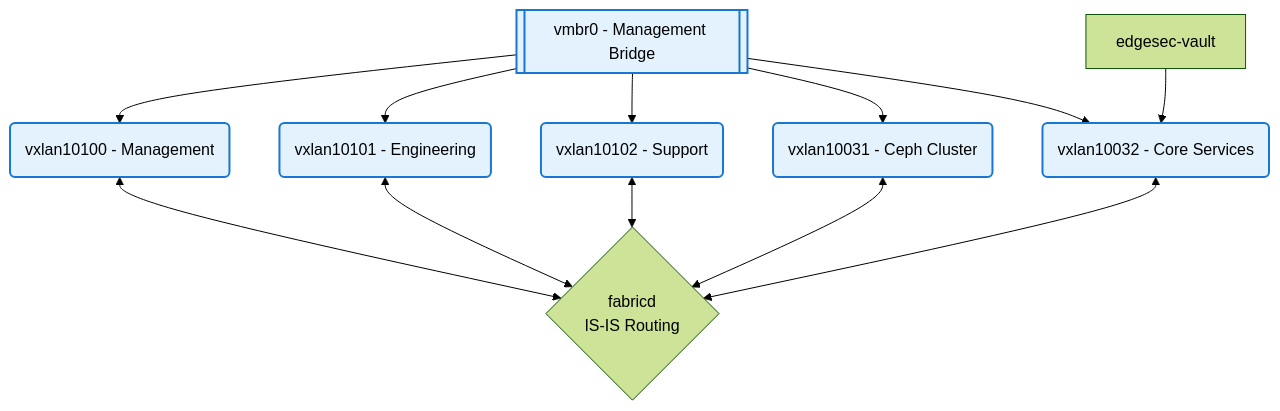
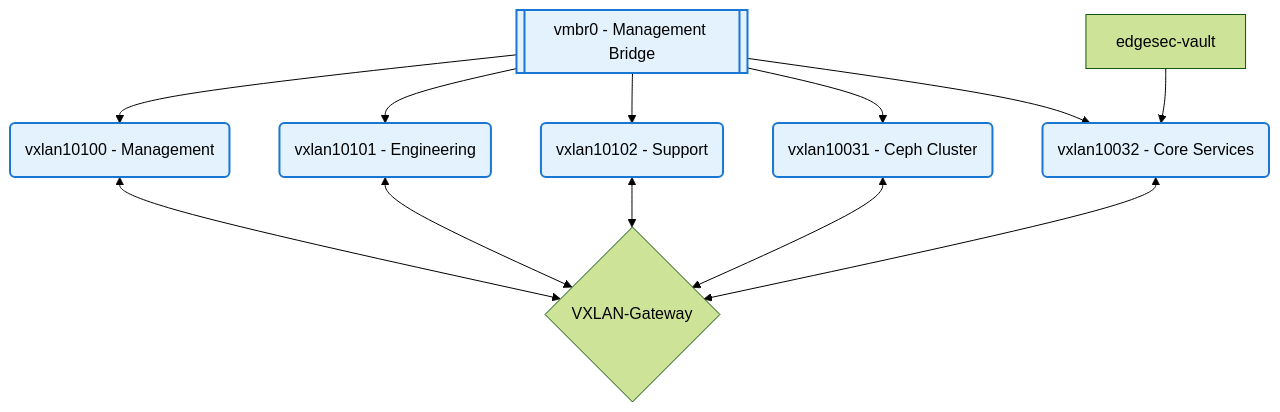
One commit to CEP-Comwell/proxmox_addons changed the second of 4 diagrams in README.md. Above: the diagram before and after it, drawn with Mermaid (forest theme). The commit also changed other lines of this file, not shown here.

Commit message:
updated fabricd to VXLAN-Gateway

````diff
--- a/README.md
+++ b/README.md
@@ -81,24 +81,24 @@
 ```mermaid
 graph TD
 MgmtBridge[[vmbr0 - Management Bridge]]
 VX10100(vxlan10100 - Management)
 VX10101(vxlan10101 - Engineering)
 VX10102(vxlan10102 - Support)
 VXCEPH2(vxlan10031 - Ceph Cluster)
 VX10032(vxlan10032 - Core Services)
 VaultVM[edgesec-vault]
-Fabricd{fabricd\nIS-IS Routing}
+VXLANGW{VXLAN-Gateway}
 MgmtBridge --> VX10100
 MgmtBridge --> VX10101
 MgmtBridge --> VX10102
 MgmtBridge --> VXCEPH2
 MgmtBridge --> VX10032
 VaultVM --> VX10032
-VX10100 <--> Fabricd
-VX10101 <--> Fabricd
-VX10102 <--> Fabricd
-VXCEPH2 <--> Fabricd
-VX10032 <--> Fabricd
+VX10100 <--> VXLANGW
+VX10101 <--> VXLANGW
+VX10102 <--> VXLANGW
+VXCEPH2 <--> VXLANGW
+VX10032 <--> VXLANGW
 classDef mgmt fill:#e3f2fd,stroke:#1976d2,stroke-width:2px;
 class MgmtBridge,VX10100,VX10101,VX10102,VXCEPH2,VX10032 mgmt;
 ```
````
